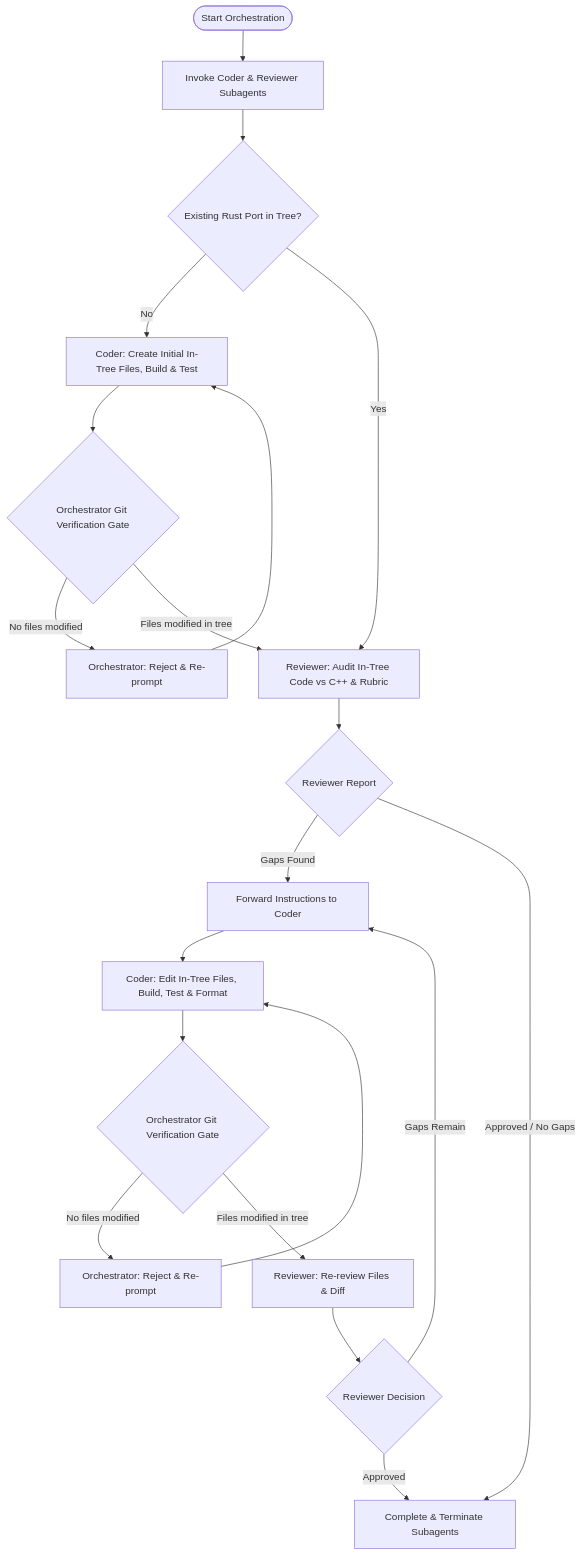
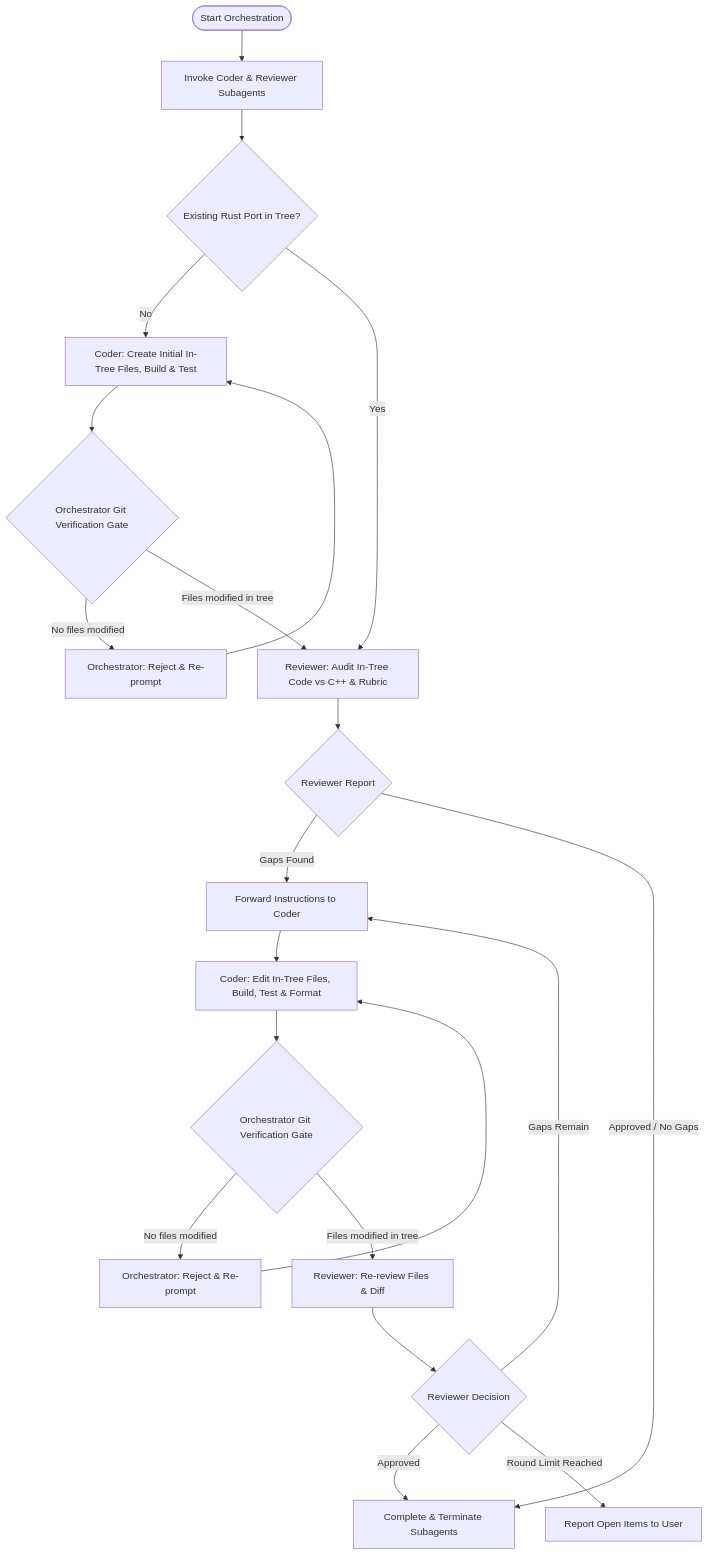
The diagram in zircon/skills/cpp-to-rust/SKILL.md (chenhunghan/fuchsia-mirror), drawn with Mermaid before and after one commit. The commit also changed other lines of this file and 9667 other files, not shown here.

````diff
--- a/zircon/skills/cpp-to-rust/SKILL.md
+++ b/zircon/skills/cpp-to-rust/SKILL.md
@@ -22,26 +22,27 @@
 ```mermaid
 graph TD
     Start([Start Orchestration]) --> Subagents[Invoke Coder & Reviewer Subagents]
     Subagents --> CheckExists{Existing Rust Port in Tree?}
 
     CheckExists -- No --> CoderInitial[Coder: Create Initial In-Tree Files, Build & Test]
     CoderInitial --> GitGateInitial{Orchestrator Git Verification Gate}
     GitGateInitial -- No files modified --> RejectInitial[Orchestrator: Reject & Re-prompt]
     RejectInitial --> CoderInitial
     GitGateInitial -- Files modified in tree --> ReviewExisting
 
     CheckExists -- Yes --> ReviewExisting[Reviewer: Audit In-Tree Code vs C++ & Rubric]
 
     ReviewExisting --> ReviewReport{Reviewer Report}
     ReviewReport -- Gaps Found --> ForwardToCoder[Forward Instructions to Coder]
     ReviewReport -- Approved / No Gaps --> Complete[Complete & Terminate Subagents]
 
     ForwardToCoder --> CoderLoop[Coder: Edit In-Tree Files, Build, Test & Format]
     CoderLoop --> GitGateLoop{Orchestrator Git Verification Gate}
     GitGateLoop -- No files modified --> RejectLoop[Orchestrator: Reject & Re-prompt]
     RejectLoop --> CoderLoop
     GitGateLoop -- Files modified in tree --> ReviewerReReview[Reviewer: Re-review Files & Diff]
     ReviewerReReview --> ReReviewReport{Reviewer Decision}
     ReReviewReport -- Gaps Remain --> ForwardToCoder
     ReReviewReport -- Approved --> Complete
+    ReReviewReport -- Round Limit Reached --> Escalate[Report Open Items to User]
 ```
````
